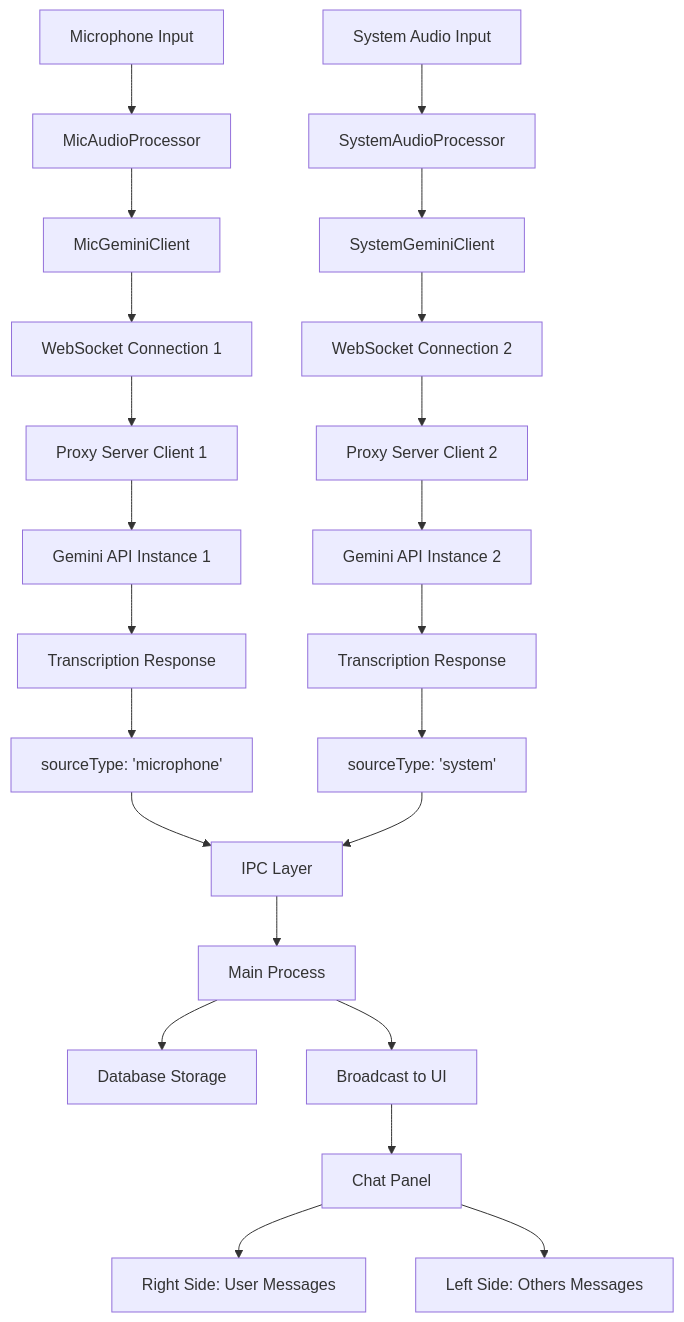
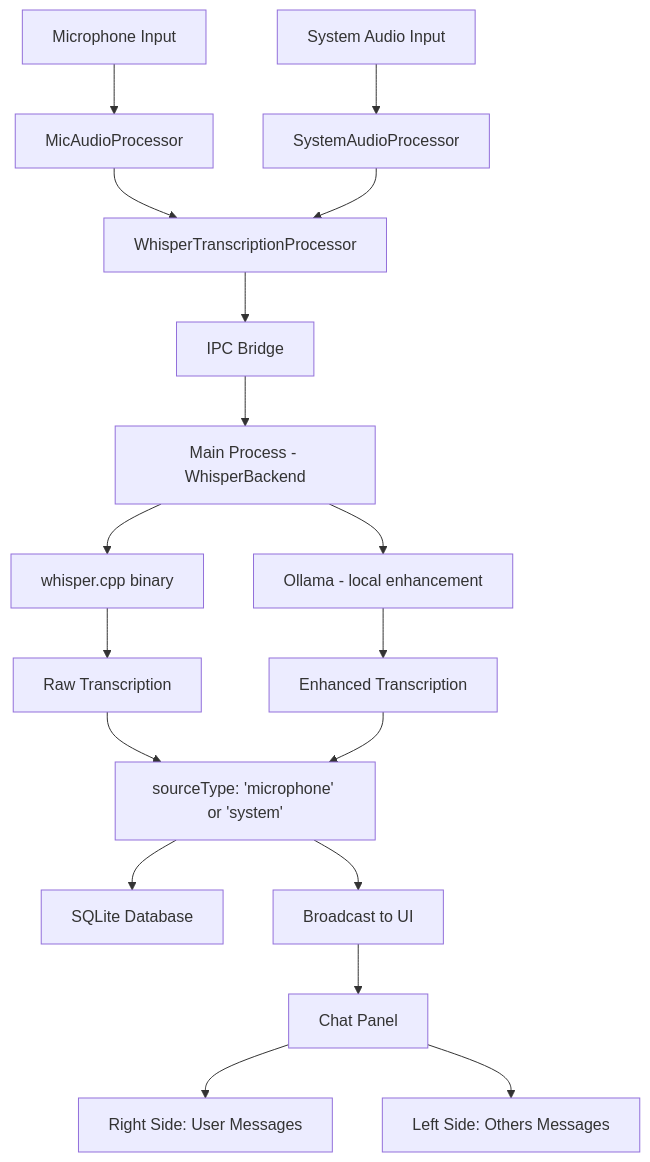
The first of 2 diagrams in docs/architecture/Message-threading.md (Intevia-AI/Knovy), drawn with Mermaid before and after one commit. The commit also changed other lines of this file and 7 other files, not shown here.

Commit message:
Docs: Update CLAUDE.md and docs to local-only architecture

````diff
--- a/docs/architecture/Message-threading.md
+++ b/docs/architecture/Message-threading.md
@@ -24,34 +24,26 @@
 ```mermaid
 graph TD
     A[Microphone Input] --> B[MicAudioProcessor]
     C[System Audio Input] --> D[SystemAudioProcessor]
 
-    B --> E[MicGeminiClient]
-    D --> F[SystemGeminiClient]
+    B --> E[WhisperTranscriptionProcessor]
+    D --> E
 
-    E --> G[WebSocket Connection 1]
-    F --> H[WebSocket Connection 2]
+    E --> F[IPC Bridge]
+    F --> G[Main Process - WhisperBackend]
+    G --> H[whisper.cpp binary]
+    G --> I[Ollama - local enhancement]
 
-    G --> I[Proxy Server Client 1]
-    H --> J[Proxy Server Client 2]
+    H --> J[Raw Transcription]
+    I --> K[Enhanced Transcription]
 
-    I --> K[Gemini API Instance 1]
-    J --> L[Gemini API Instance 2]
+    J --> L[sourceType: 'microphone' or 'system']
+    K --> L
 
-    K --> M[Transcription Response]
-    L --> N[Transcription Response]
+    L --> M[SQLite Database]
+    L --> N[Broadcast to UI]
 
-    M --> O[sourceType: 'microphone']
-    N --> P[sourceType: 'system']
-
-    O --> Q[IPC Layer]
-    P --> Q
-
-    Q --> R[Main Process]
-    R --> S[Database Storage]
-    R --> T[Broadcast to UI]
-
-    T --> U[Chat Panel]
-    U --> V[Right Side: User Messages]
-    U --> W[Left Side: Others Messages]
+    N --> O[Chat Panel]
+    O --> P[Right Side: User Messages]
+    O --> Q[Left Side: Others Messages]
 ```
````
